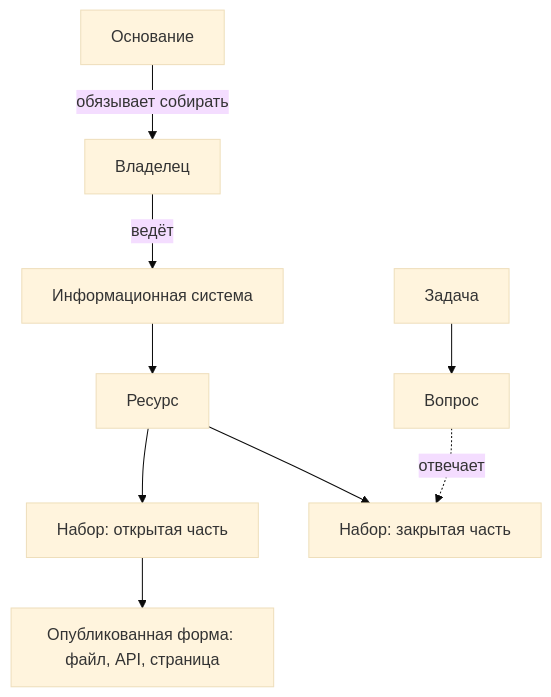
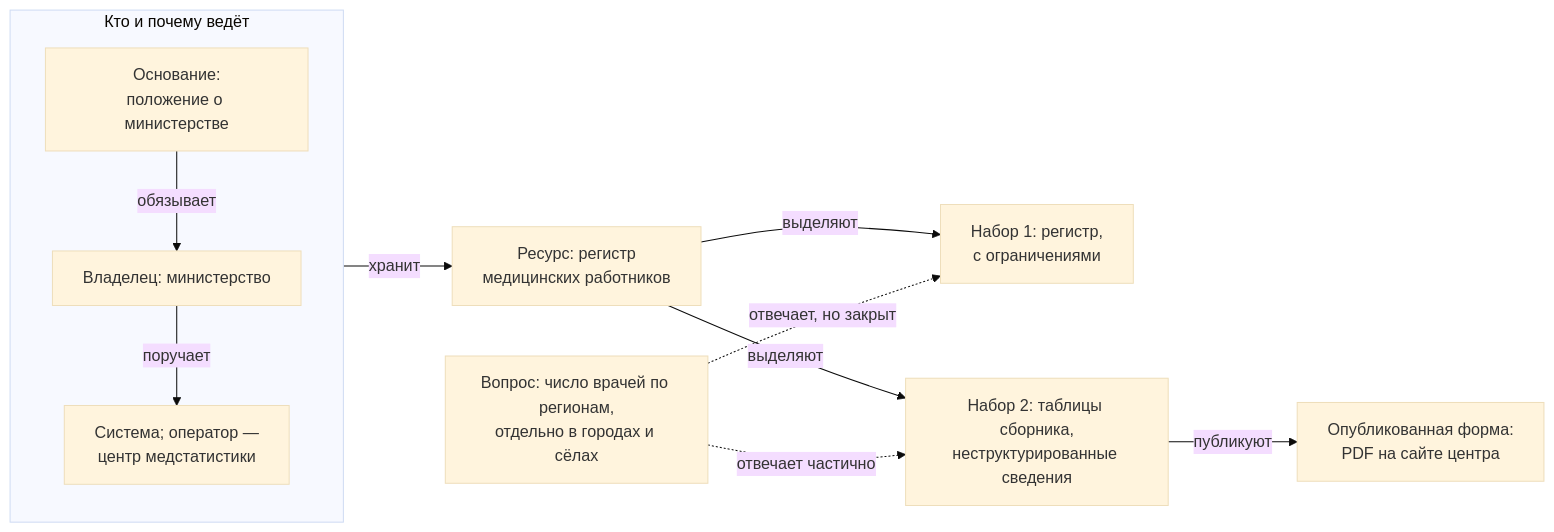
The diagram in docs/01-basics/02-what-is-inventoried.md (ivbeg/data-inventory), drawn with Mermaid (base theme) before and after one commit. The commit also changed other lines of this file and 54 other files, not shown here.

````diff
--- a/docs/01-basics/02-what-is-inventoried.md
+++ b/docs/01-basics/02-what-is-inventoried.md
@@ -28,11 +28,14 @@
 ```mermaid
-flowchart TB
-  B[Основание] -->|обязывает собирать| O[Владелец]
-  O -->|ведёт| SYS[Информационная система]
-  SYS --> R[Ресурс]
-  R --> D1["Набор: открытая часть"]
-  R --> D2["Набор: закрытая часть"]
-  D1 --> P["Опубликованная форма: файл, API, страница"]
-  T[Задача] --> Q[Вопрос]
-  Q -. отвечает .-> D2
+flowchart LR
+  subgraph who["Кто и почему ведёт"]
+    direction TB
+    B["Основание:<br/>положение о министерстве"] -->|"обязывает"| O["Владелец: министерство"]
+    O -->|"поручает"| S["Система; оператор —<br/>центр медстатистики"]
+  end
+  who -->|"хранит"| R["Ресурс: регистр<br/>медицинских работников"]
+  R -->|"выделяют"| D1["Набор 1: регистр,<br/>с ограничениями"]
+  R -->|"выделяют"| D2["Набор 2: таблицы сборника,<br/>неструктурированные сведения"]
+  D2 -->|"публикуют"| P["Опубликованная форма:<br/>PDF на сайте центра"]
+  Q["Вопрос: число врачей по регионам,<br/>отдельно в городах и сёлах"] -. "отвечает, но закрыт" .-> D1
+  Q -. "отвечает частично" .-> D2
 ```
````
